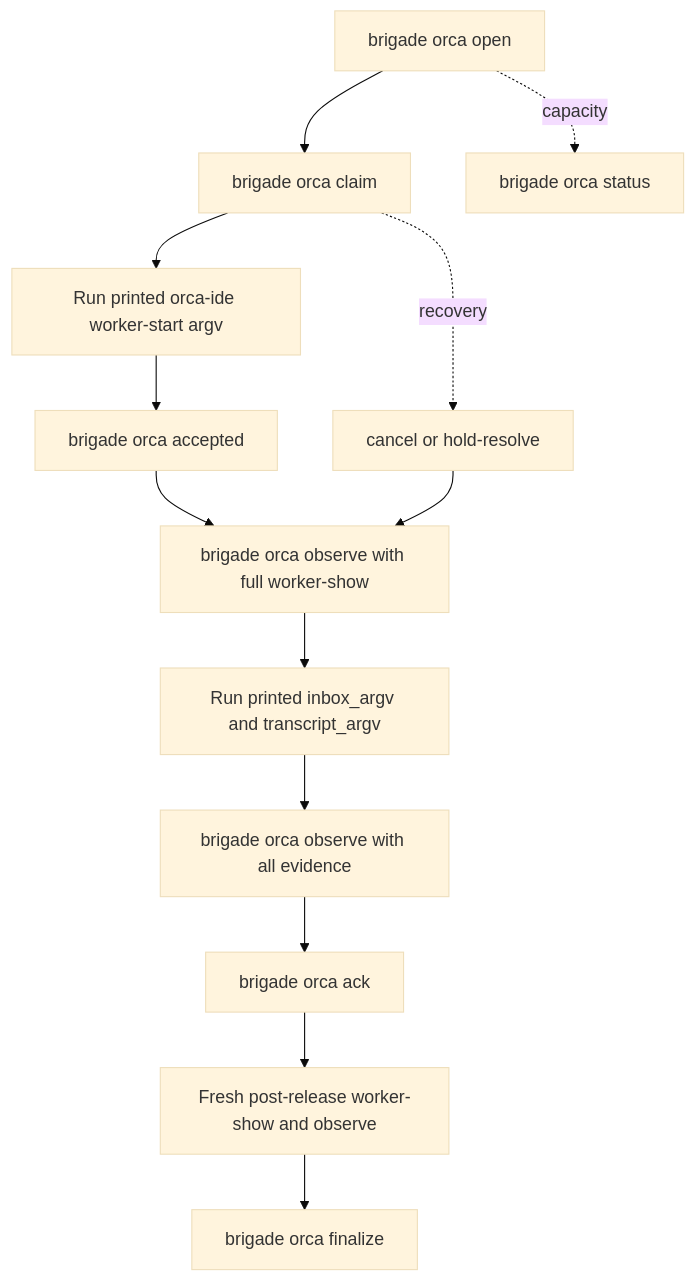
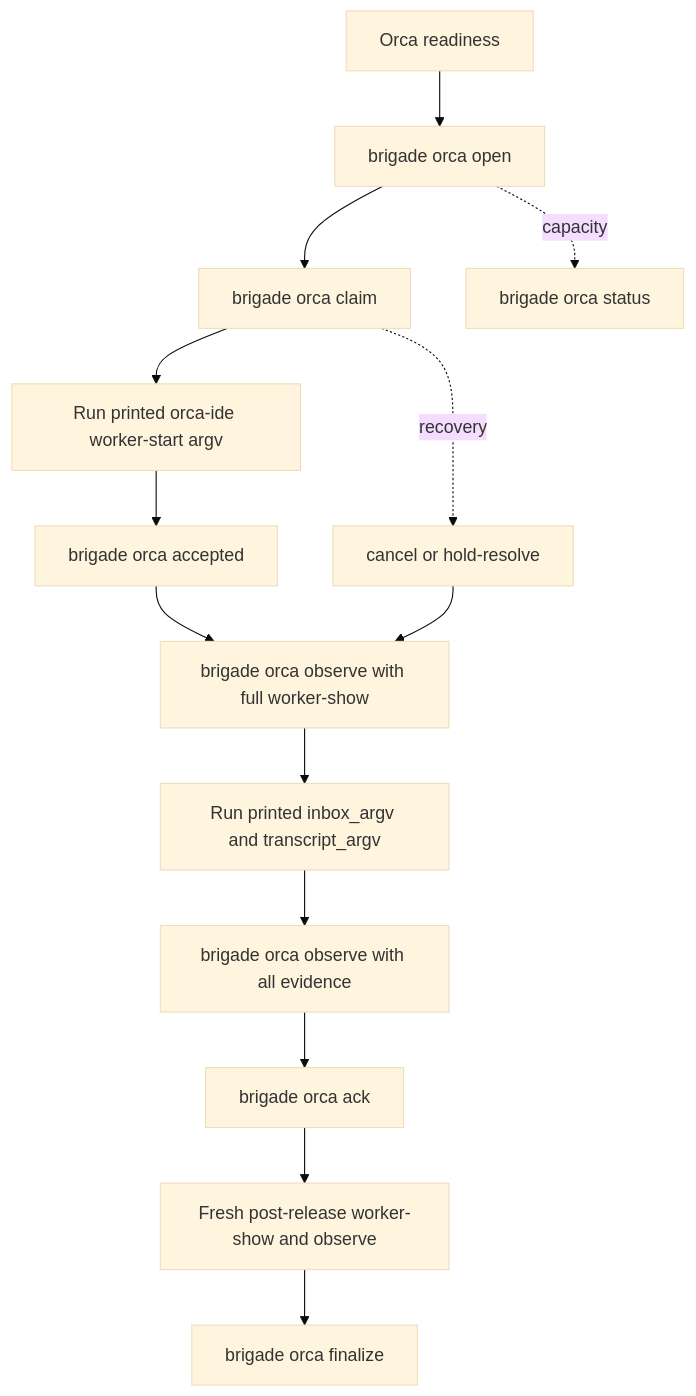
The diagram in docs/orca-governed-delegation.md (escoffier-labs/brigade), drawn with Mermaid (base theme) before and after one commit. The commit also changed other lines of this file and 14 other files, not shown here.

````diff
--- a/docs/orca-governed-delegation.md
+++ b/docs/orca-governed-delegation.md
@@ -12,15 +12,16 @@
 ```mermaid
 flowchart TD
-    A[brigade orca open] --> B[brigade orca claim]
+    R[Orca readiness] --> A[brigade orca open]
+    A --> B[brigade orca claim]
     B --> C[Run printed orca-ide worker-start argv]
     C --> D[brigade orca accepted]
     D --> E[brigade orca observe with full worker-show]
     E --> F[Run printed inbox_argv and transcript_argv]
     F --> G[brigade orca observe with all evidence]
     G --> H[brigade orca ack]
     H --> I[Fresh post-release worker-show and observe]
     I --> J[brigade orca finalize]
     B -. recovery .-> K[cancel or hold-resolve]
     K --> E
     A -. capacity .-> L[brigade orca status]
 ```
````
